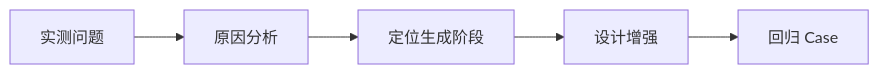
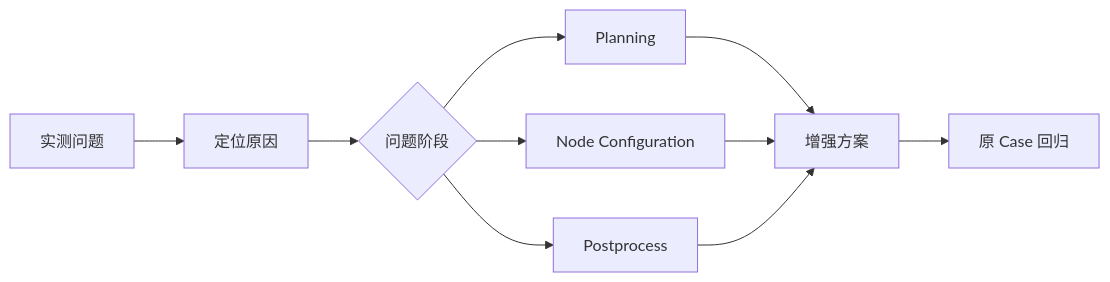
One commit to sgfd-ui/internship changed the sixth of 12 diagrams in weekly-report/dify-1.17-core-capabilities-research.md. Above: the diagram before and after it, drawn with Mermaid. The commit also changed other lines of this file, not shown here.

````diff
--- a/weekly-report/dify-1.17-core-capabilities-research.md
+++ b/weekly-report/dify-1.17-core-capabilities-research.md
@@ -209,7 +224,12 @@
 ```mermaid
 flowchart LR
-    A[实测问题] --> B[原因分析]
-    B --> C[定位生成阶段]
-    C --> D[设计增强]
-    D --> E[回归 Case]
+    A[实测问题] --> B[定位原因]
+    B --> C{问题阶段}
+    C --> D[Planning]
+    C --> E[Node Configuration]
+    C --> F[Postprocess]
+    D --> G[增强方案]
+    E --> G
+    F --> G
+    G --> H[原 Case 回归]
 ```
````
